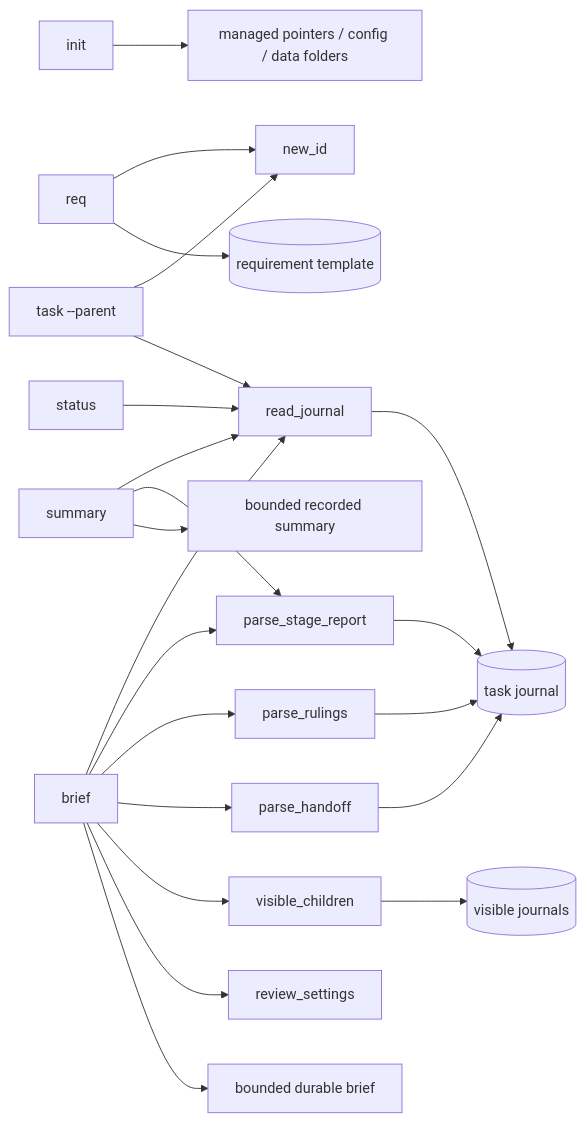
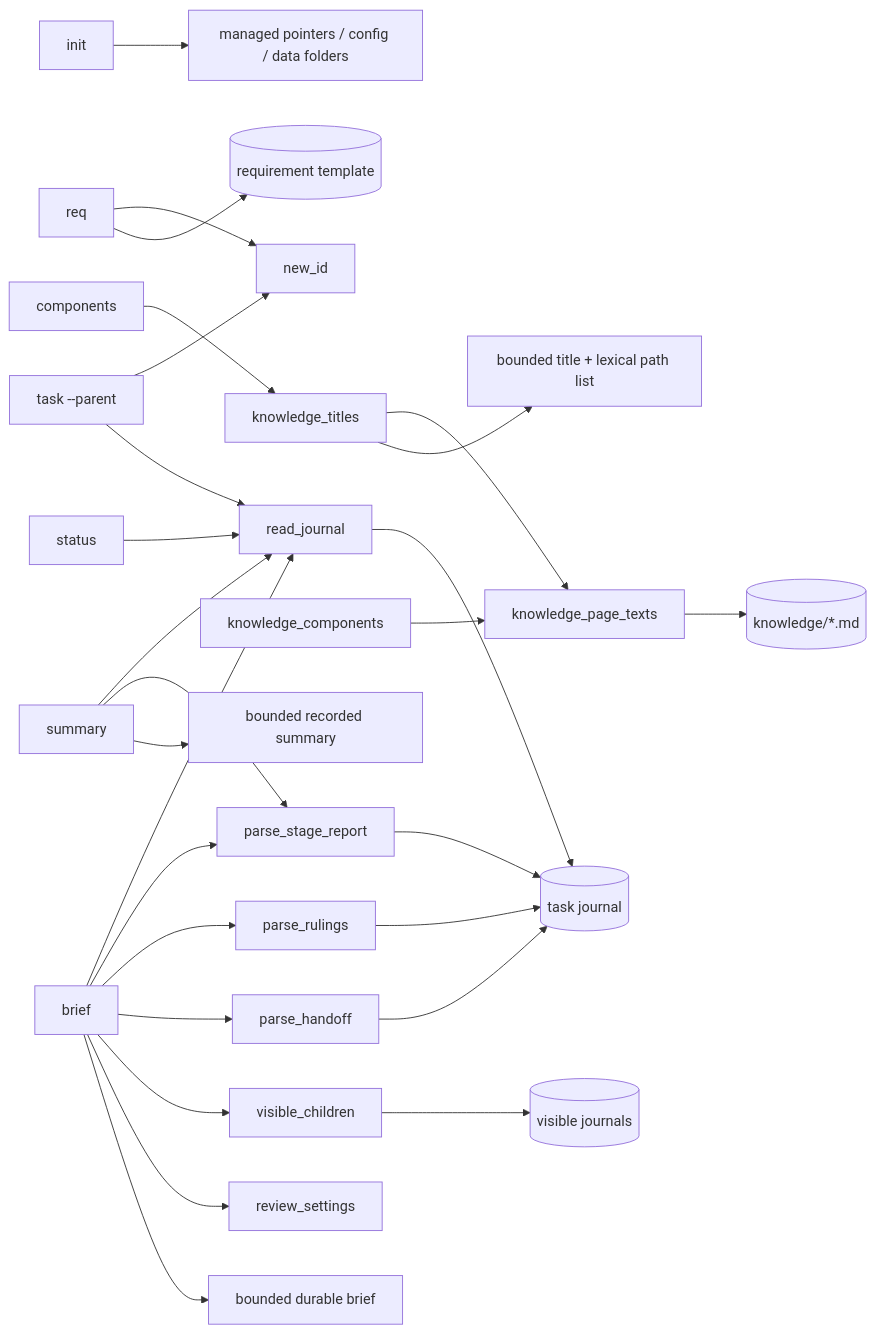
One commit to DDP-Engineering/Agentic_Engineering_Governance_Integrity_System changed the diagram in .agentic/knowledge/core-cli-lifecycle.md. Above: the diagram before and after it, drawn with Mermaid. The commit also changed other lines of this file and 86 other files, not shown here.

````diff
--- a/.agentic/knowledge/core-cli-lifecycle.md
+++ b/.agentic/knowledge/core-cli-lifecycle.md
@@ -118,24 +136,29 @@
 ```mermaid
 flowchart LR
     init[init] --> install[managed pointers / config / data folders]
     req[req] --> ids[new_id]
     req --> reqtemplate[(requirement template)]
     status[status] --> read[read_journal]
     task[task --parent] --> ids
     task --> read
     summary[summary] --> read
     brief[brief] --> read
+    components[components] --> titles[knowledge_titles]
+    titles --> pages[knowledge_page_texts]
+    claims[knowledge_components] --> pages
+    pages --> files[(knowledge/*.md)]
+    titles --> catalogue[bounded title + lexical path list]
     summary --> record[parse_stage_report]
     brief --> record
     brief --> rulings[parse_rulings]
     brief --> handoff[parse_handoff]
     brief --> children[visible_children]
     brief --> cfg[review_settings]
     record --> journal[(task journal)]
     rulings --> journal
     handoff --> journal
     children --> journals[(visible journals)]
     read --> journal
     summary --> output[bounded recorded summary]
     brief --> resume[bounded durable brief]
 ```
````
